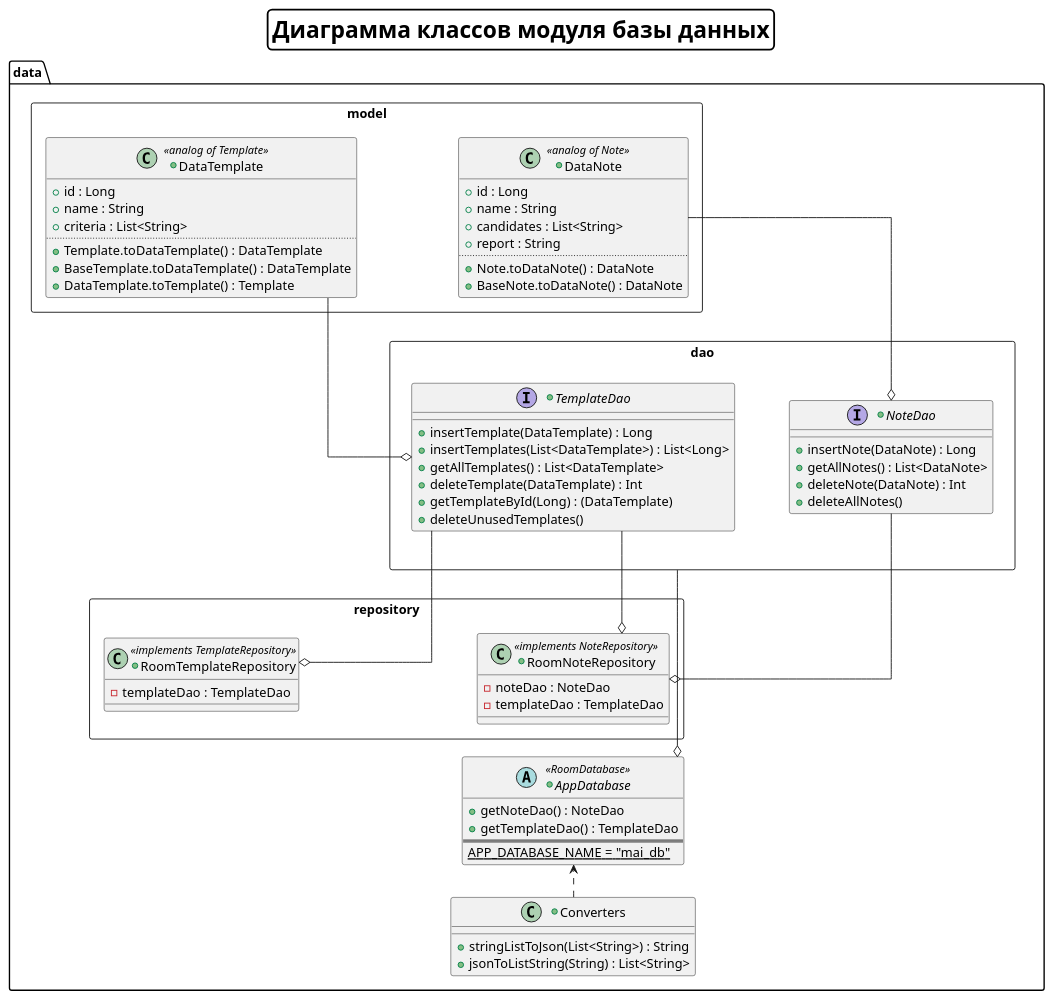
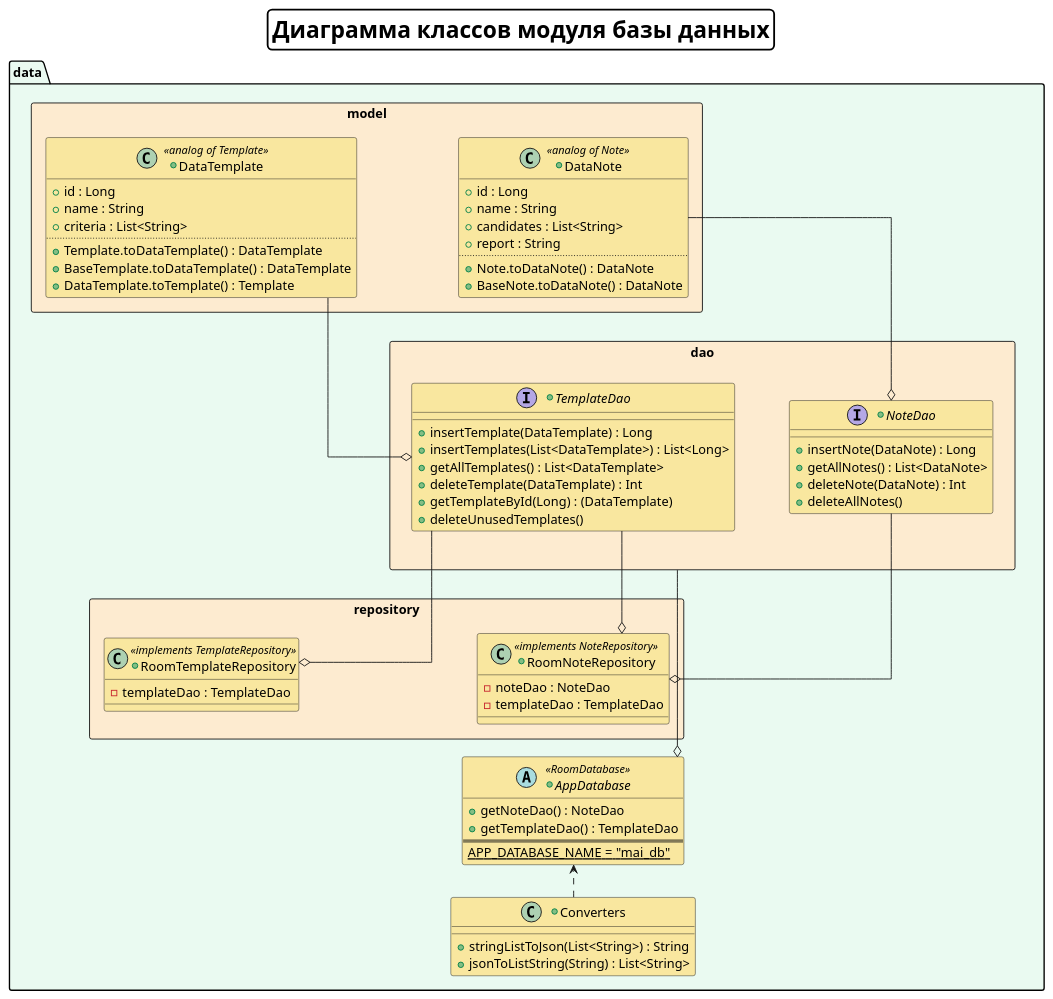
One commit to ethernet389/MAI-2 changed the diagram in diagrams/architecture/data.puml. Above: the diagram before and after it, drawn with PlantUML. The commit also changed 12 other files, not shown here.

Commit message:
Add Color to diagrams and add db structure diagram

```diff
--- a/diagrams/architecture/data.puml
+++ b/diagrams/architecture/data.puml
@@ -1,90 +1,96 @@
 @startuml
 
 left to right direction
 skinparam linetype ortho
+
 skinparam titleBorderRoundCorner 10
 skinparam titleBorderThickness 2
 skinparam titleBorderColor black
 skinparam titleFontSize 25
+
+skinparam PackageBackgroundColor #EAFAF1
+skinparam RectangleBackgroundColor #FDEBD0
+skinparam ClassBackgroundColor #F9E79F
+
 
 title Диаграмма классов модуля базы данных
 
 package data {
 
     rectangle model {
         +class DataNote <<analog of Note>> {
             +id : Long
             +name : String
             +candidates : List<String>
             +report : String
             ..
             +Note.toDataNote() : DataNote
             +BaseNote.toDataNote() : DataNote
         }
 
         +class DataTemplate <<analog of Template>> {
             +id : Long
             +name : String
             +criteria : List<String>
             ..
             +Template.toDataTemplate() : DataTemplate
             +BaseTemplate.toDataTemplate() : DataTemplate
             +DataTemplate.toTemplate() : Template
         }
     }
 
     rectangle repository {
         +class RoomTemplateRepository <<implements TemplateRepository>> {
             -templateDao : TemplateDao
         }
 
         +class RoomNoteRepository <<implements NoteRepository>> {
             -noteDao : NoteDao
             -templateDao : TemplateDao
         }
     }
 
     rectangle dao {
         +interface NoteDao {
             +insertNote(DataNote) : Long
             +getAllNotes() : List<DataNote>
             +deleteNote(DataNote) : Int
             +deleteAllNotes()
         }
 
         +interface TemplateDao {
             +insertTemplate(DataTemplate) : Long
             +insertTemplates(List<DataTemplate>) : List<Long>
             +getAllTemplates() : List<DataTemplate>
             +deleteTemplate(DataTemplate) : Int
             +getTemplateById(Long) : (DataTemplate)
             +deleteUnusedTemplates()
         }
     }
 
     +abstract class AppDatabase <<RoomDatabase>> {
         +getNoteDao() : NoteDao
         +getTemplateDao() : TemplateDao
         ==
         {static} APP_DATABASE_NAME = "mai_db"
     }
 
     +class Converters {
         +stringListToJson(List<String>) : String
         +jsonToListString(String) : List<String>
     }
 }
 
 /' Relation '/
 NoteDao -[hidden]u- TemplateDao
 DataNote -[hidden]u- DataTemplate
 RoomNoteRepository -[hidden]u- RoomTemplateRepository
 AppDatabase <..l Converters
 dao --ro AppDatabase
 RoomNoteRepository o--r NoteDao
 RoomNoteRepository o--r TemplateDao
 RoomTemplateRepository o-- TemplateDao
 DataNote --o NoteDao
 DataTemplate --o TemplateDao
 
 @enduml
```
